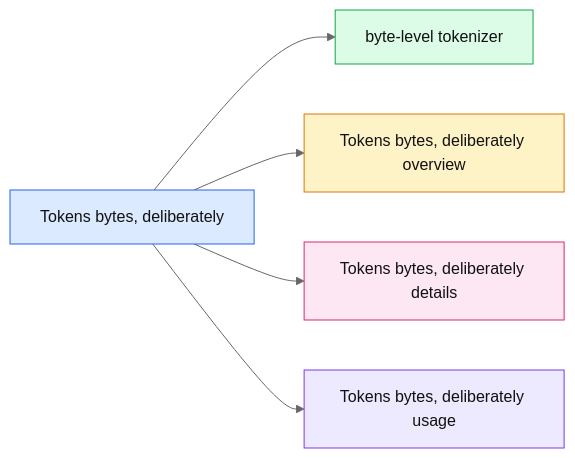
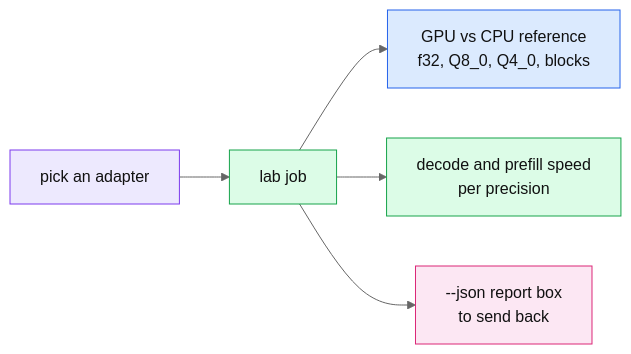
Diagram 15 of 21 in docs/gui.md (thomascherickal/ferrum-gpu), drawn with Mermaid (neutral theme) before and after one commit. The commit also changed other lines of this file and 4 other files, not shown here.

First line of the commit message:
docs: hand-drawn data-flow diagrams for the readme, architecture and GUI pages

````diff
--- a/docs/gui.md
+++ b/docs/gui.md
@@ -160,13 +248,12 @@
 ```mermaid
 flowchart LR
-    a["Tokens bytes, deliberately"]:::root
-    a --> n0["byte-level tokenizer"]:::c0
-    a --> n1["Tokens bytes, deliberately overview"]:::c1
-    a --> n2["Tokens bytes, deliberately details"]:::c2
-    a --> n3["Tokens bytes, deliberately usage"]:::c3
-    classDef root fill:#dbeafe,stroke:#2563eb,color:#111
-    classDef c0 fill:#dcfce7,stroke:#16a34a,color:#111
-    classDef c1 fill:#fef3c7,stroke:#d97706,color:#111
-    classDef c2 fill:#fce7f3,stroke:#db2777,color:#111
-    classDef c3 fill:#ede9fe,stroke:#7c3aed,color:#111
+    ad["pick an adapter"]:::host --> lab["lab job"]:::gpu
+    lab --> par["GPU vs CPU reference<br/>f32, Q8_0, Q4_0, blocks"]:::core
+    lab --> sp["decode and prefill speed<br/>per precision"]:::gpu
+    lab --> js["--json report box<br/>to send back"]:::io
+    classDef core fill:#dbeafe,stroke:#2563eb,color:#111
+    classDef gpu fill:#dcfce7,stroke:#16a34a,color:#111
+    classDef cpu fill:#fef3c7,stroke:#d97706,color:#111
+    classDef io fill:#fce7f3,stroke:#db2777,color:#111
+    classDef host fill:#ede9fe,stroke:#7c3aed,color:#111
 ```
````
